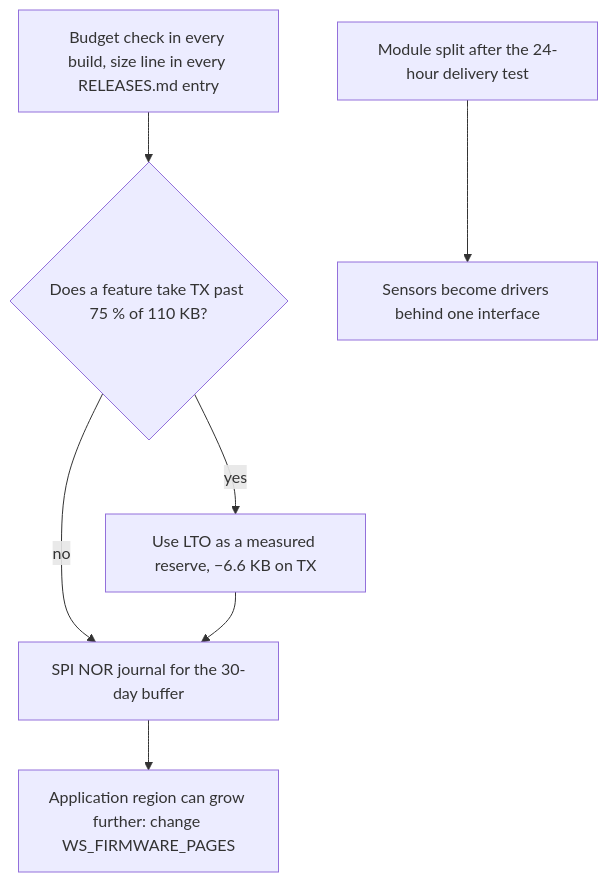
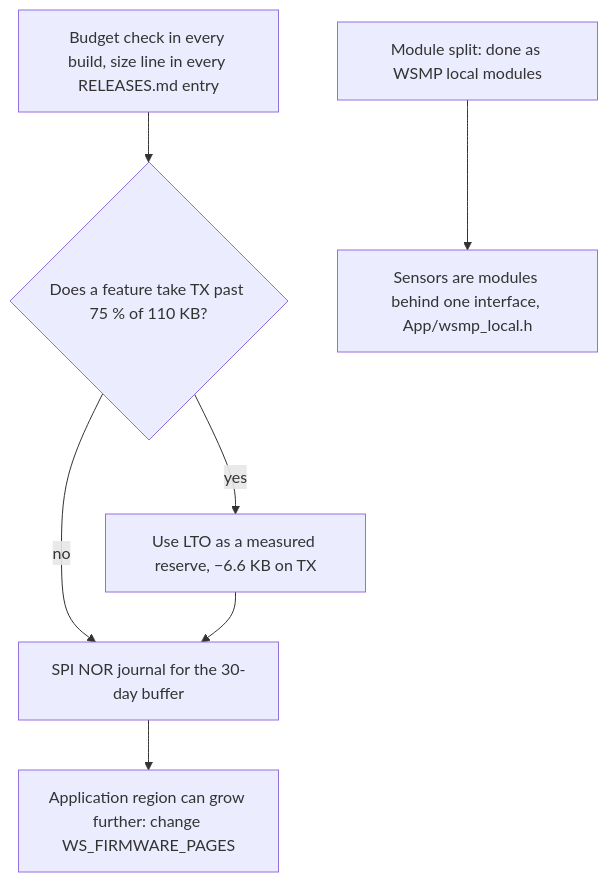
Before and after one commit to clintecker/weather-station-2026: the fifth of 6 diagrams in docs/firmware-budget.md, drawn with Mermaid. The commit also changed other lines of this file and 42 other files, not shown here.

````diff
--- a/docs/firmware-budget.md
+++ b/docs/firmware-budget.md
@@ -268,9 +280,9 @@
 ```mermaid
 flowchart TD
   A["Budget check in every build, size line in every RELEASES.md entry"] --> B{"Does a feature take TX past 75 % of 110 KB?"}
   B -->|"yes"| C["Use LTO as a measured reserve, −6.6 KB on TX"]
   B -->|"no"| D["SPI NOR journal for the 30-day buffer"]
   C --> D
   D --> E["Application region can grow further: change WS_FIRMWARE_PAGES"]
-  F["Module split after the 24-hour delivery test"] --> G["Sensors become drivers behind one interface"]
+  F["Module split: done as WSMP local modules"] --> G["Sensors are modules behind one interface, App/wsmp_local.h"]
 ```
````
